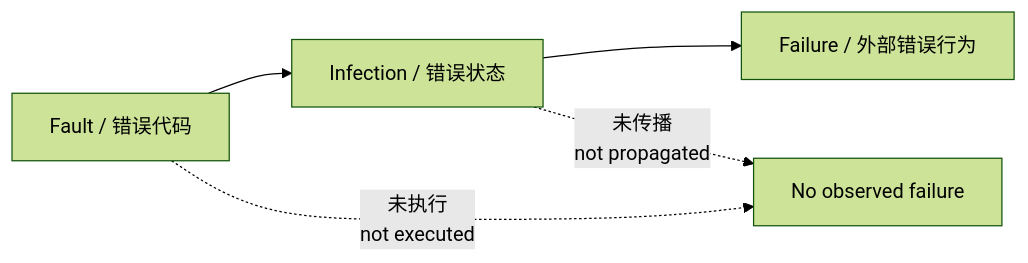
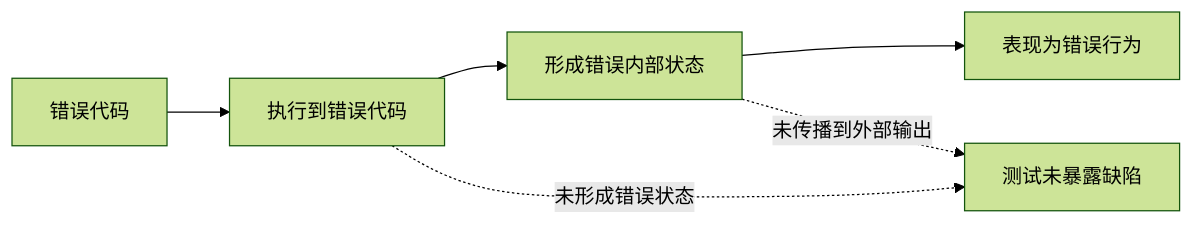
The first of 3 diagrams in src/content/test-lecture-01.md (Ziwen-Lii/pique-review-site), drawn with Mermaid (forest theme) before and after one commit. The commit also changed other lines of this file and 8 other files, not shown here.

````diff
--- a/src/content/test-lecture-01.md
+++ b/src/content/test-lecture-01.md
@@ -51,7 +59,8 @@
 ```mermaid
 flowchart LR
-  A["Fault / 错误代码"] --> B["Infection / 错误状态"]
-  B --> C["Failure / 外部错误行为"]
-  A -. "未执行<br/>not executed" .-> D["No observed failure"]
-  B -. "未传播<br/>not propagated" .-> D
+  A["错误代码"] --> B["执行到错误代码"]
+  B --> C["形成错误内部状态"]
+  C --> D["表现为错误行为"]
+  B -. "未形成错误状态" .-> E["测试未暴露缺陷"]
+  C -. "未传播到外部输出" .-> E
 ```
````
